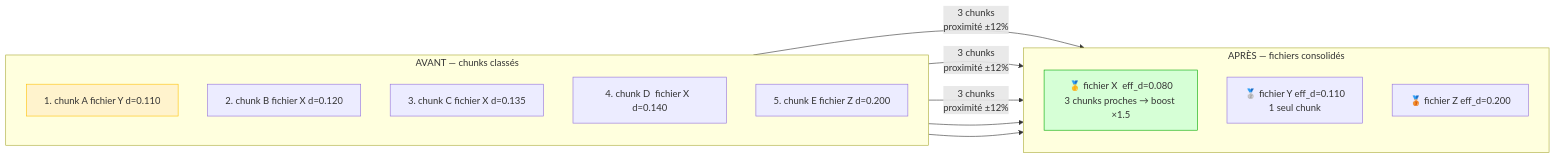
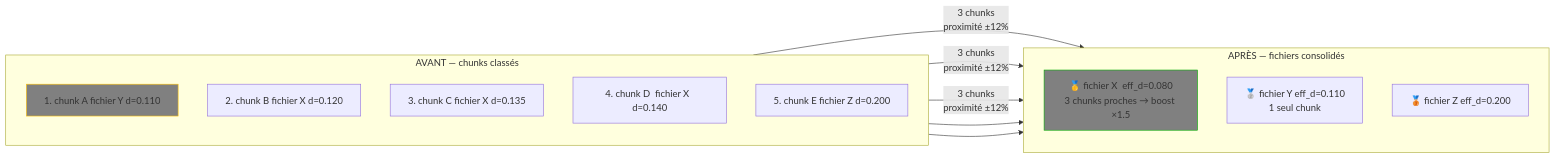
One commit to Lichens-Innovation/ai-dev-tools changed the ninth of 11 diagrams in incubator/code-crawler/docs/PRESENTATION.md. Above: the diagram before and after it, drawn with Mermaid. The commit also changed other lines of this file and 2 other files, not shown here.

````diff
--- a/incubator/code-crawler/docs/PRESENTATION.md
+++ b/incubator/code-crawler/docs/PRESENTATION.md
@@ -441,25 +441,25 @@
 ```mermaid
 flowchart LR
     subgraph BEFORE["AVANT — chunks classés"]
         direction TB
         CA["1. chunk A  fichier Y  d=0.110"]
         CB["2. chunk B  fichier X  d=0.120"]
         CC["3. chunk C  fichier X  d=0.135"]
         CD["4. chunk D  fichier X  d=0.140"]
         CE["5. chunk E  fichier Z  d=0.200"]
     end
 
     subgraph AFTER["APRÈS — fichiers consolidés"]
         direction TB
         FX["🥇 fichier X  eff_d=0.080\n3 chunks proches → boost ×1.5"]
         FY["🥈 fichier Y  eff_d=0.110\n1 seul chunk"]
         FZ["🥉 fichier Z  eff_d=0.200"]
     end
 
     CB & CC & CD -->|"3 chunks\nproximité ±12%"| FX
     CA --> FY
     CE --> FZ
 
-    style FX fill:#d6ffd6,stroke:#00aa00
-    style CA fill:#fff3cd,stroke:#ffc107
+    style FX fill:grey,stroke:#00aa00
+    style CA fill:grey,stroke:#ffc107
 ```
````
